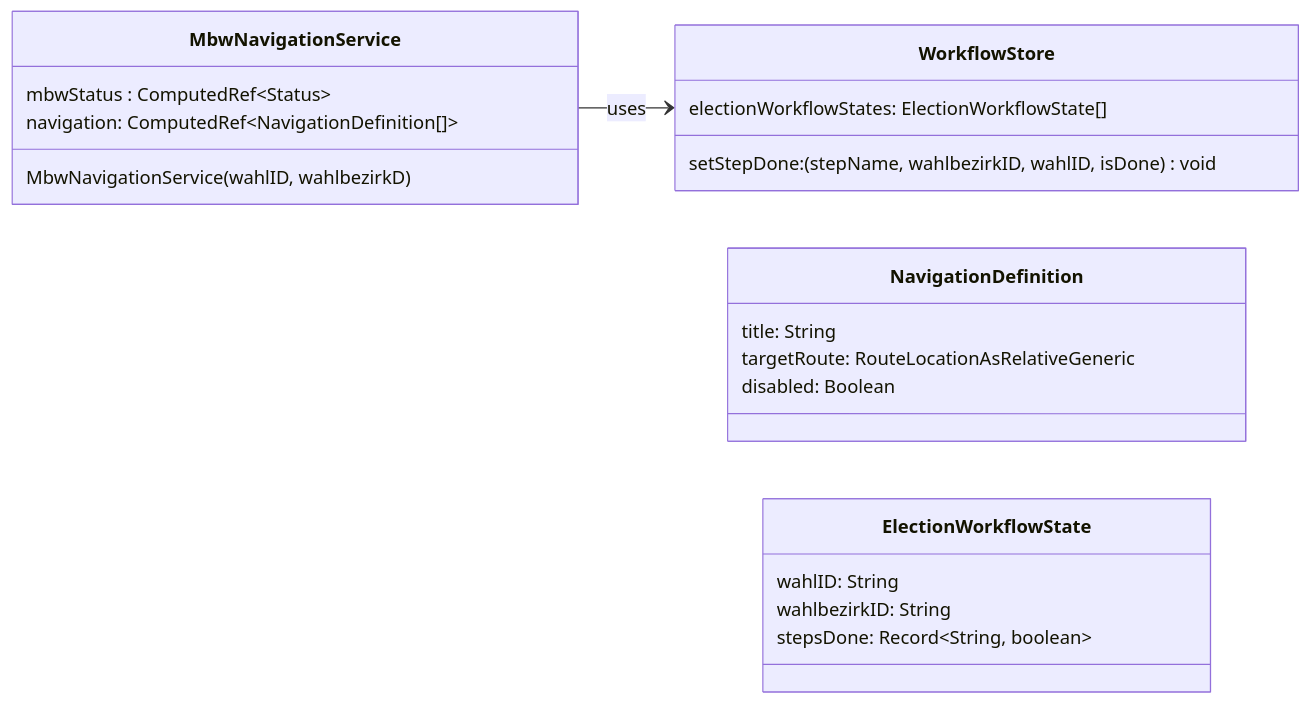
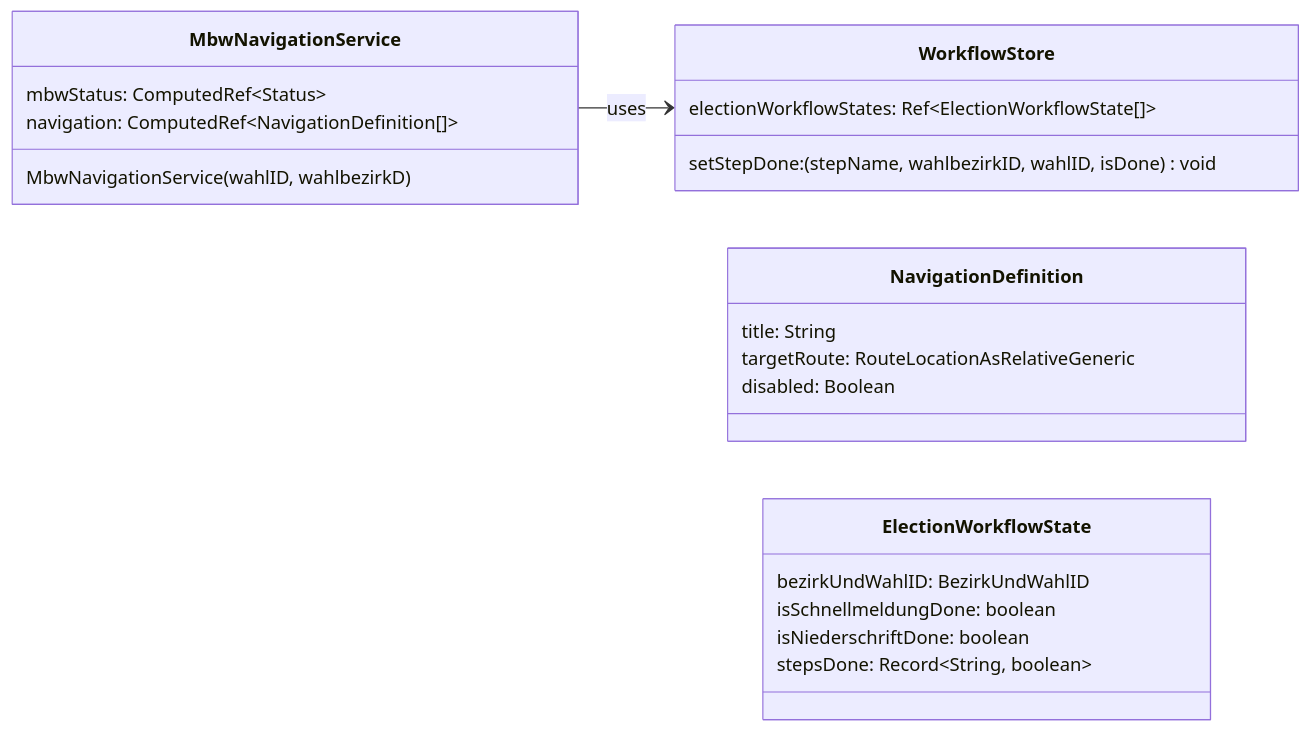
One commit to it-at-m/Wahllokalsystem changed the second of 2 diagrams in docs/src/technik/systemspecification/frontend/navigation-and-workflow.md. Above: the diagram before and after it, drawn with Mermaid. The commit also changed other lines of this file, not shown here.

````diff
--- a/docs/src/technik/systemspecification/frontend/navigation-and-workflow.md
+++ b/docs/src/technik/systemspecification/frontend/navigation-and-workflow.md
@@ -58,29 +57,30 @@
 ```mermaid
 classDiagram
         direction RL
 
         class WorkflowStore {
-            electionWorkflowStates: ElectionWorkflowState[]
+            electionWorkflowStates: Ref&lt;ElectionWorkflowState[]&gt;
             setStepDone: (stepName, wahlbezirkID, wahlID, isDone) void
         }
 
         class MbwNavigationService {
-            mbwStatus : ComputedRef&lt;Status&gt;
+            mbwStatus: ComputedRef&lt;Status&gt;
             navigation: ComputedRef&lt;NavigationDefinition[]&gt;
             MbwNavigationService(wahlID, wahlbezirkD)
         }
 
     WorkflowStore <-- MbwNavigationService : uses
 
         class NavigationDefinition {
             title: String
             targetRoute: RouteLocationAsRelativeGeneric
             disabled: Boolean
         }
 
         class ElectionWorkflowState {
-            wahlID: String
-            wahlbezirkID: String
+            bezirkUndWahlID: BezirkUndWahlID
+            isSchnellmeldungDone: boolean
+            isNiederschriftDone: boolean
             stepsDone: Record&lt;String, boolean&gt;
         }
 ```
````
